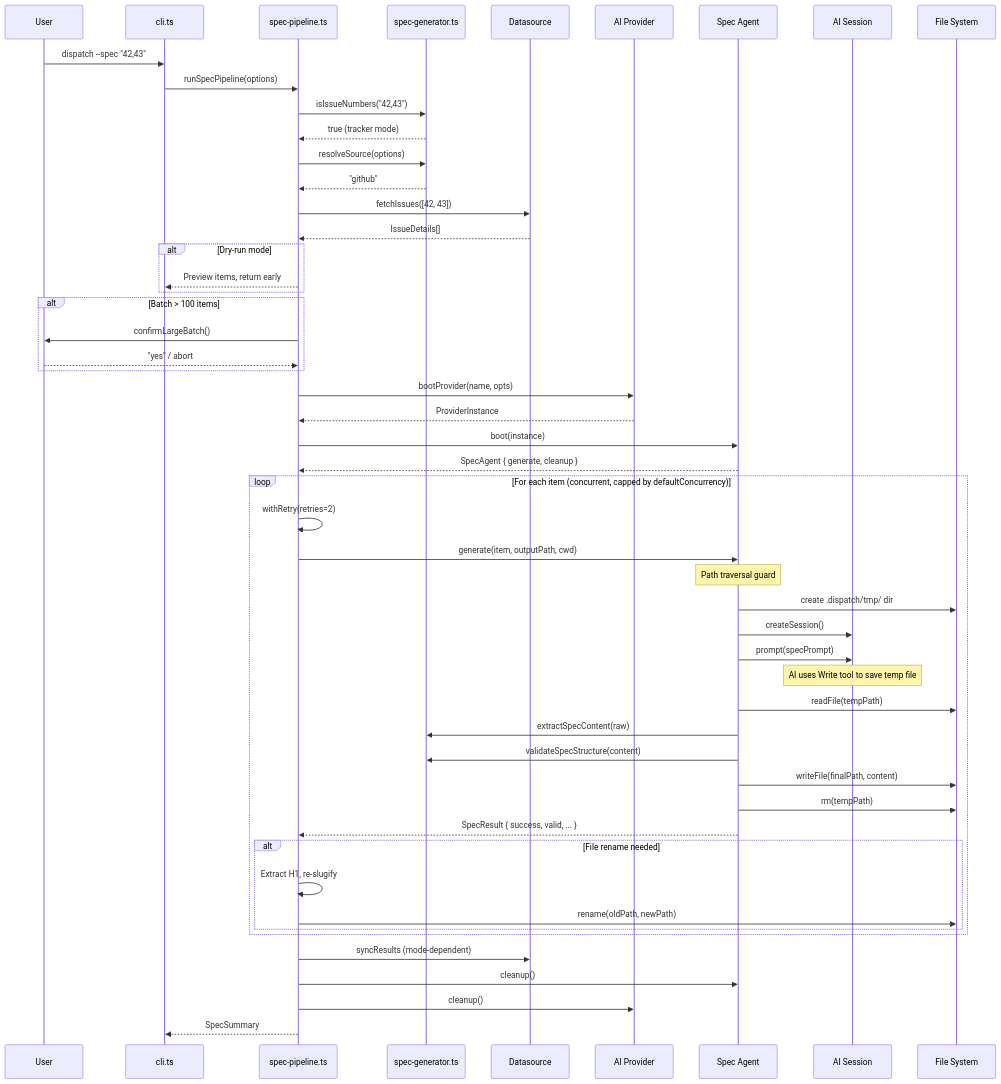
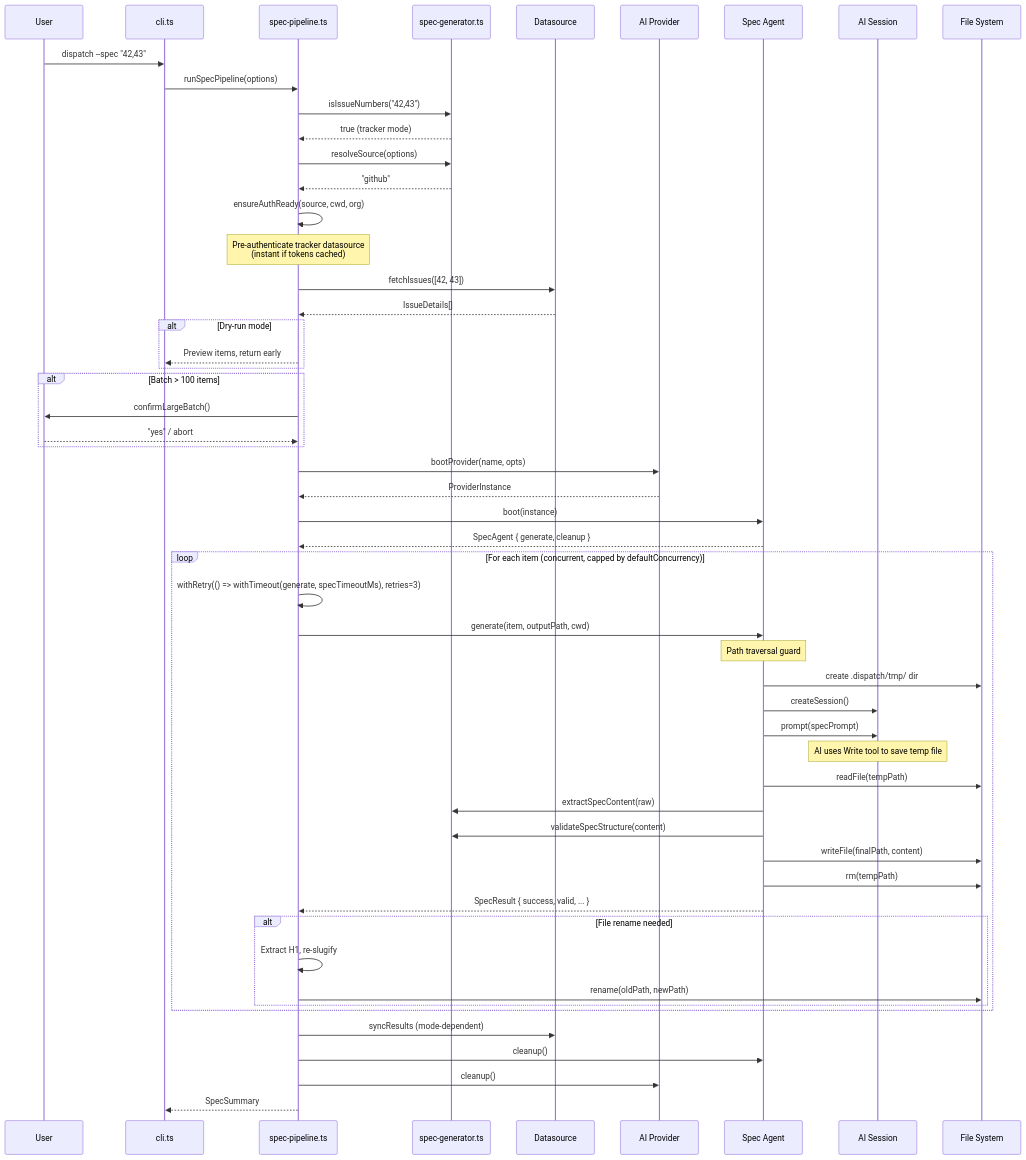
One commit to PatrickRuddiman/Dispatch changed the third of 4 diagrams in docs/spec-generation/overview.md. Above: the diagram before and after it, drawn with Mermaid. The commit also changed other lines of this file and 68 other files, not shown here.

````diff
--- a/docs/spec-generation/overview.md
+++ b/docs/spec-generation/overview.md
@@ -192,66 +192,69 @@
 ```mermaid
 sequenceDiagram
     participant User
     participant CLI as cli.ts
     participant Pipeline as spec-pipeline.ts
     participant SG as spec-generator.ts
     participant DS as Datasource
     participant Provider as AI Provider
     participant Agent as Spec Agent
     participant AI as AI Session
     participant FS as File System
 
     User->>CLI: dispatch --spec "42,43"
     CLI->>Pipeline: runSpecPipeline(options)
 
     Pipeline->>SG: isIssueNumbers("42,43")
     SG-->>Pipeline: true (tracker mode)
 
     Pipeline->>SG: resolveSource(options)
     SG-->>Pipeline: "github"
 
+    Pipeline->>Pipeline: ensureAuthReady(source, cwd, org)
+    Note over Pipeline: Pre-authenticate tracker datasource<br/>(instant if tokens cached)
+
     Pipeline->>DS: fetchIssues([42, 43])
     DS-->>Pipeline: IssueDetails[]
 
     alt Dry-run mode
         Pipeline-->>CLI: Preview items, return early
     end
 
     alt Batch > 100 items
         Pipeline->>User: confirmLargeBatch()
         User-->>Pipeline: "yes" / abort
     end
 
     Pipeline->>Provider: bootProvider(name, opts)
     Provider-->>Pipeline: ProviderInstance
 
     Pipeline->>Agent: boot(instance)
     Agent-->>Pipeline: SpecAgent { generate, cleanup }
 
     loop For each item (concurrent, capped by defaultConcurrency)
-        Pipeline->>Pipeline: withRetry(retries=2)
+        Pipeline->>Pipeline: withRetry(() => withTimeout(generate, specTimeoutMs), retries=3)
         Pipeline->>Agent: generate(item, outputPath, cwd)
 
         Note over Agent: Path traversal guard
         Agent->>FS: create .dispatch/tmp/ dir
         Agent->>AI: createSession()
         Agent->>AI: prompt(specPrompt)
         Note over AI: AI uses Write tool to save temp file
         Agent->>FS: readFile(tempPath)
         Agent->>SG: extractSpecContent(raw)
         Agent->>SG: validateSpecStructure(content)
         Agent->>FS: writeFile(finalPath, content)
         Agent->>FS: rm(tempPath)
         Agent-->>Pipeline: SpecResult { success, valid, ... }
 
         alt File rename needed
             Pipeline->>Pipeline: Extract H1, re-slugify
             Pipeline->>FS: rename(oldPath, newPath)
         end
     end
 
     Pipeline->>DS: syncResults (mode-dependent)
     Pipeline->>Agent: cleanup()
     Pipeline->>Provider: cleanup()
     Pipeline-->>CLI: SpecSummary
 ```
````
